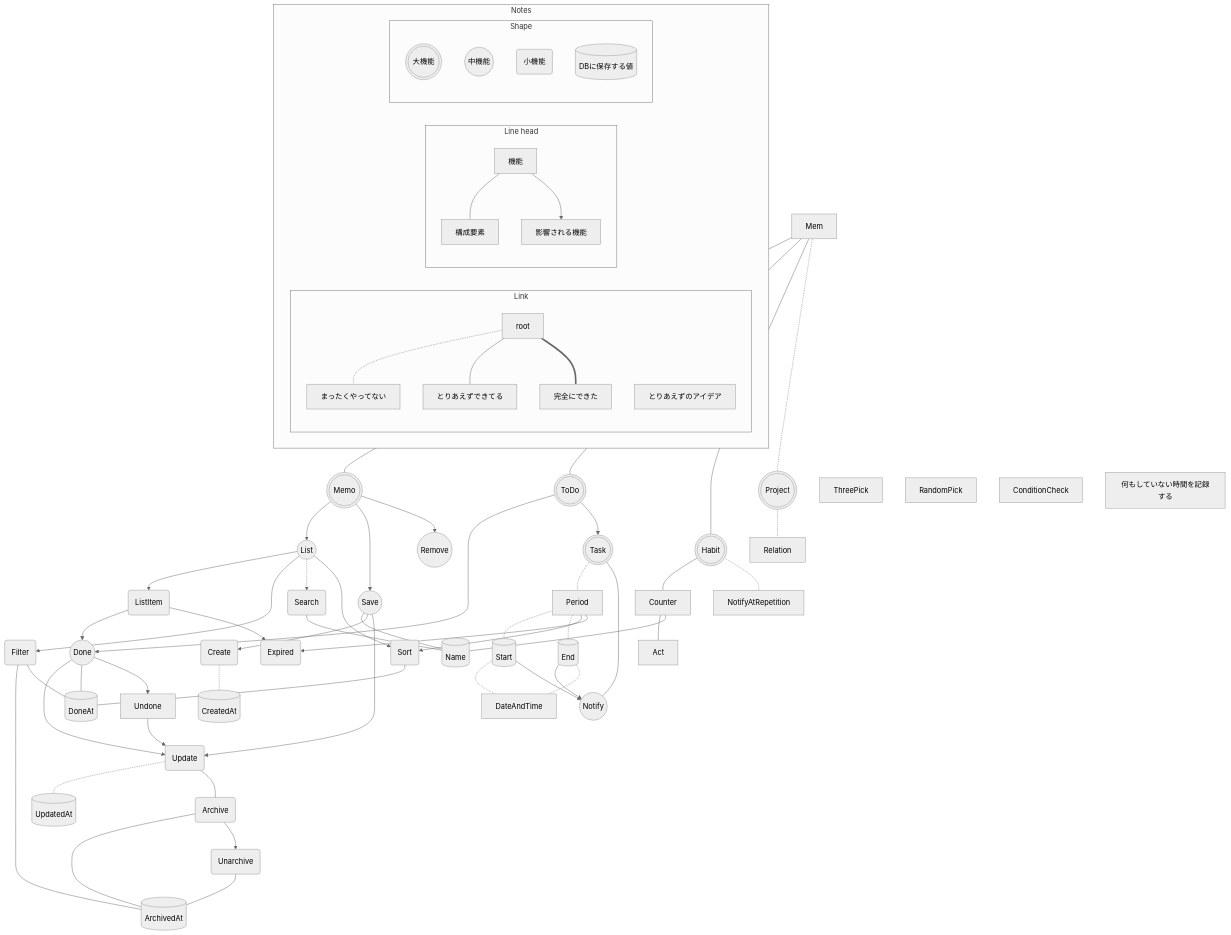
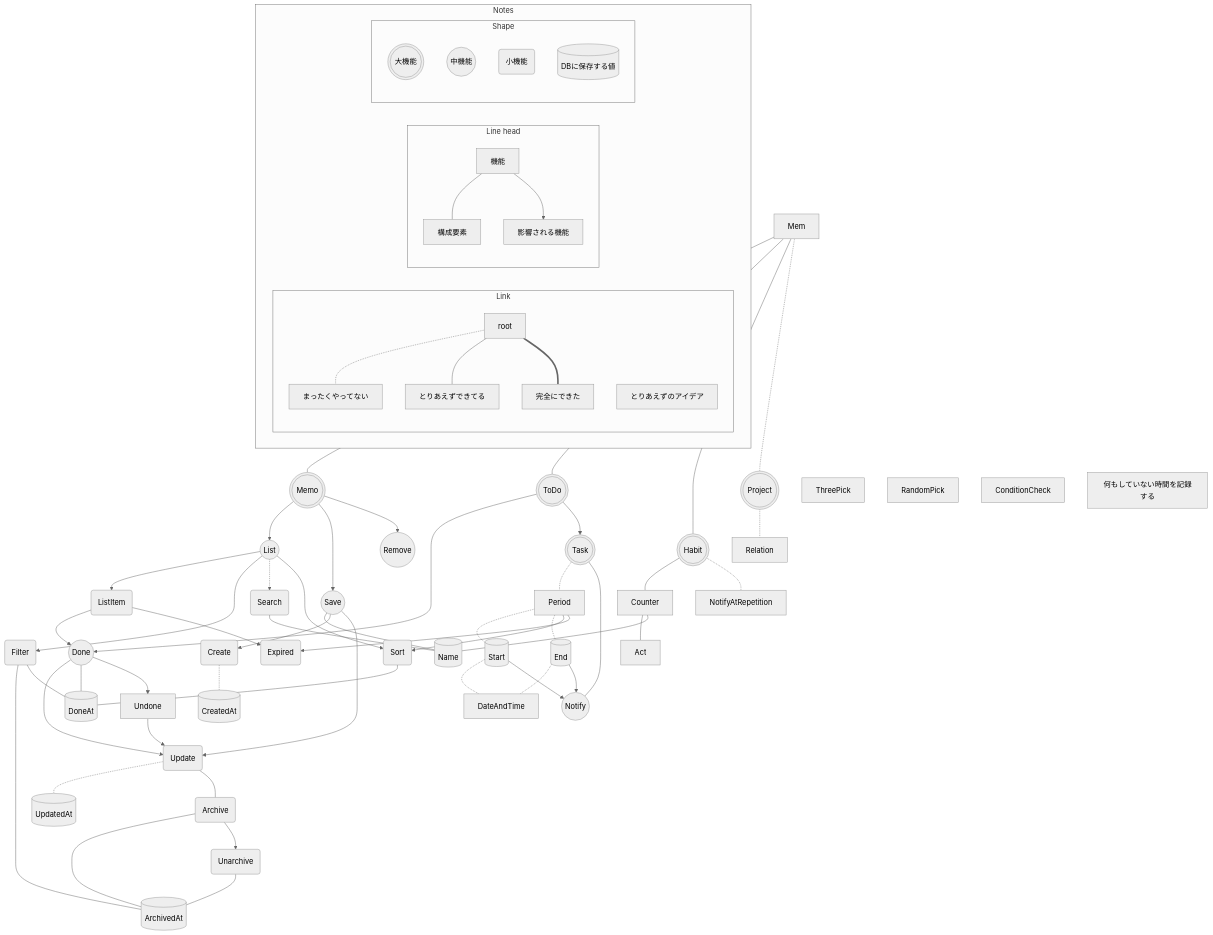
The diagram in docs/load_map.md (zin-/mem), drawn with Mermaid (neutral theme) before and after one commit. The commit also changed other lines of this file, not shown here.

```diff
--- a/docs/load_map.md
+++ b/docs/load_map.md
@@ -43,8 +43,8 @@
     Period -.- End_[(End)]
     Start -.- DateAndTime
     Start --> Notify
+    End_ -.- DateAndTime
     End_ --> Notify
-    End_ -.- DateAndTime
     Period --> Sort
     ListItem --> Expired(Expired)
     Period --> Expired
```
